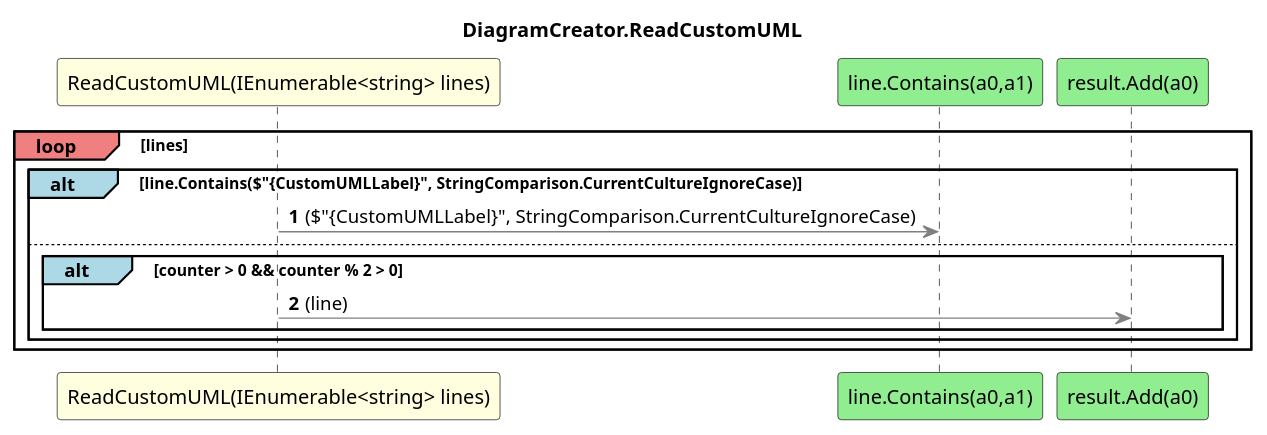
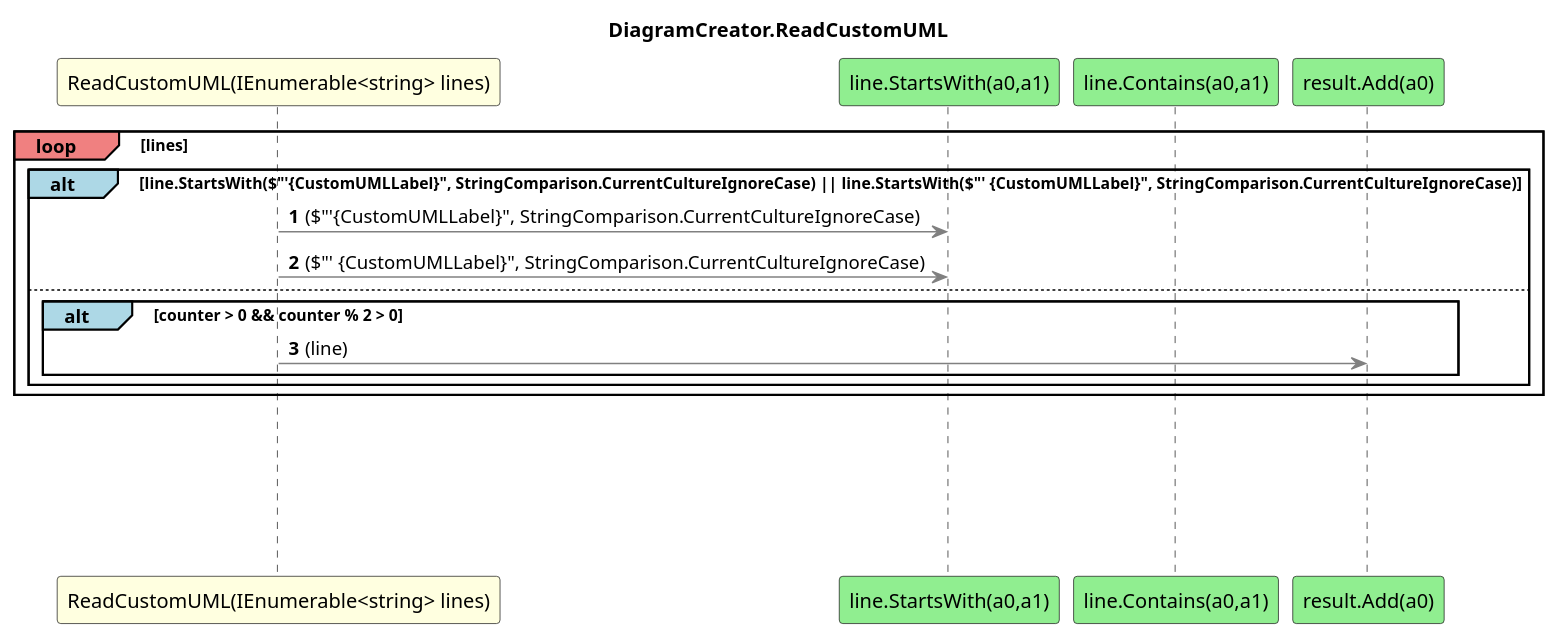
Before and after one commit to leoggehrer/PlantUML: the diagram in PlantUML.Logic/diagrams/sq_DiagramCreator_ReadCustomUML.puml, drawn with PlantUML. The commit also changed 28 other files, not shown here.

Commit message:
Fixeed custom uml labels.

```diff
--- a/PlantUML.Logic/diagrams/sq_DiagramCreator_ReadCustomUML.puml
+++ b/PlantUML.Logic/diagrams/sq_DiagramCreator_ReadCustomUML.puml
@@ -1,16 +1,31 @@
 @startuml DiagramCreator.ReadCustomUML
 title DiagramCreator.ReadCustomUML
 participant "ReadCustomUML(IEnumerable<string> lines)" as ReadCustomUML_p0 #LightYellow
-participant "line.Contains(a0,a1)" as line_Contains_a0_a1 #LightGreen
+participant "line.StartsWith(a0,a1)" as line_StartsWith_a0_a1 #LightGreen
 participant "result.Add(a0)" as result_Add_a0 #LightGreen
 autonumber
 loop#LightCoral lines
- alt#LightBlue line.Contains($"{CustomUMLLabel}", StringComparison.CurrentCultureIgnoreCase)
- ReadCustomUML_p0 -[#grey]> line_Contains_a0_a1 : ($"{CustomUMLLabel}", StringComparison.CurrentCultureIgnoreCase)
+ alt#LightBlue line.StartsWith($"'{CustomUMLLabel}", StringComparison.CurrentCultureIgnoreCase) || line.StartsWith($"' {CustomUMLLabel}", StringComparison.CurrentCultureIgnoreCase)
+ ReadCustomUML_p0 -[#grey]> line_StartsWith_a0_a1 : ($"'{CustomUMLLabel}", StringComparison.CurrentCultureIgnoreCase)
+ ReadCustomUML_p0 -[#grey]> line_StartsWith_a0_a1 : ($"' {CustomUMLLabel}", StringComparison.CurrentCultureIgnoreCase)
  else
  alt#LightBlue counter > 0 && counter % 2 > 0
  ReadCustomUML_p0 -[#grey]> result_Add_a0 : (line)
  end
  end
 end
+' CustomUML
+participant "line.Contains(a0,a1)" as line_Contains_a0_a1 #LightGreen
+participant "result.Add(a0)" as result_Add_a0 #LightGreen
+autonumber
+loop#LightCoral lines
+ else
+ alt#LightBlue counter > 0 && counter % 2 > 0
+participant "line.Contains(a0,a1)" as line_Contains_a0_a1 #LightGreen
+participant "result.Add(a0)" as result_Add_a0 #LightGreen
+autonumber
+loop#LightCoral lines
+ else
+ alt#LightBlue counter > 0 && counter % 2 > 0
+' CustomUML
 @enduml
```
